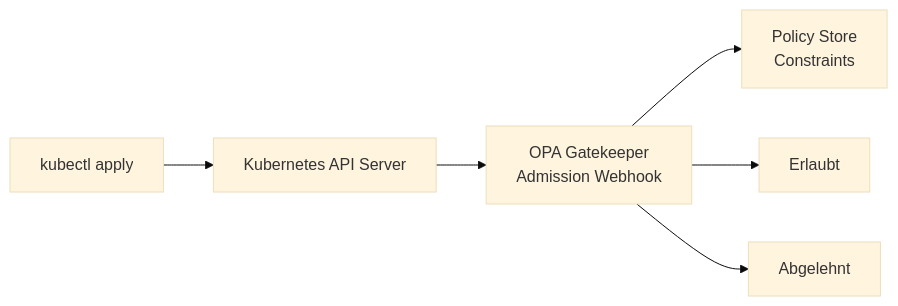
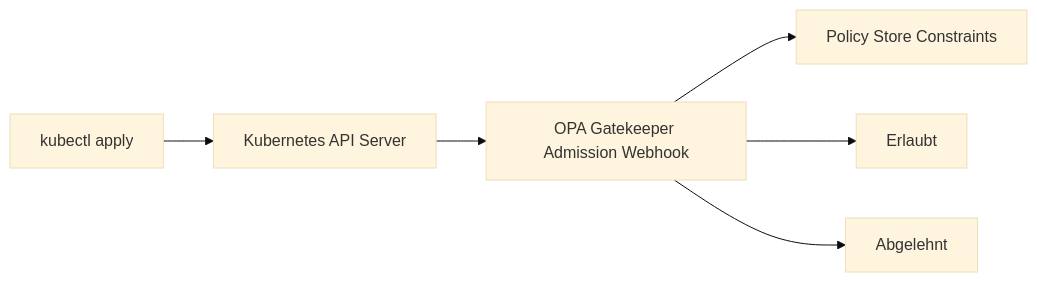
One commit to SoniiiT/notes-n-docs changed the fourth of 6 diagrams in Microsoft 365/Azure/Arc/Arc-fähige Kubernetes.md. Above: the diagram before and after it, drawn with Mermaid (base theme). The commit also changed other lines of this file and 124 other files, not shown here.

First line of the commit message:
fix: Entferne \n aus allen Mermaid-Diagrammen (125 Dateien)

````diff
--- a/Microsoft 365/Azure/Arc/Arc-fähige Kubernetes.md
+++ b/Microsoft 365/Azure/Arc/Arc-fähige Kubernetes.md
@@ -232,15 +232,15 @@
 ```mermaid
 graph LR
     USER[kubectl apply]
     API[Kubernetes API Server]
-    GK[OPA Gatekeeper\nAdmission Webhook]
-    POLICY_STORE[Policy Store\nConstraints]
+    GK[OPA Gatekeeper Admission Webhook]
+    POLICY_STORE[Policy Store Constraints]
     ALLOW[Erlaubt]
     DENY[Abgelehnt]
 
     USER --> API
     API --> GK
     GK --> POLICY_STORE
     GK --> ALLOW
     GK --> DENY
 ```
````
